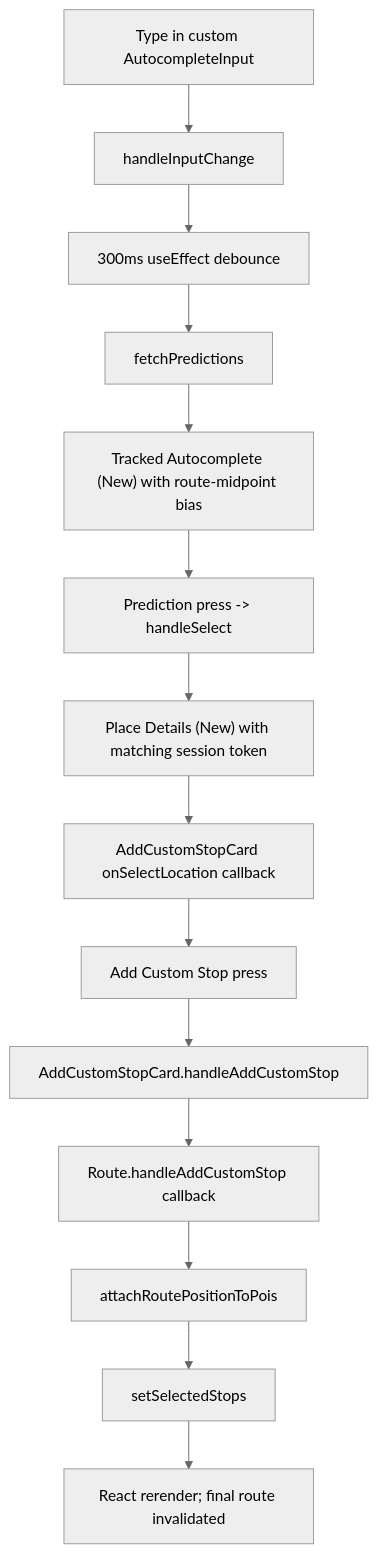
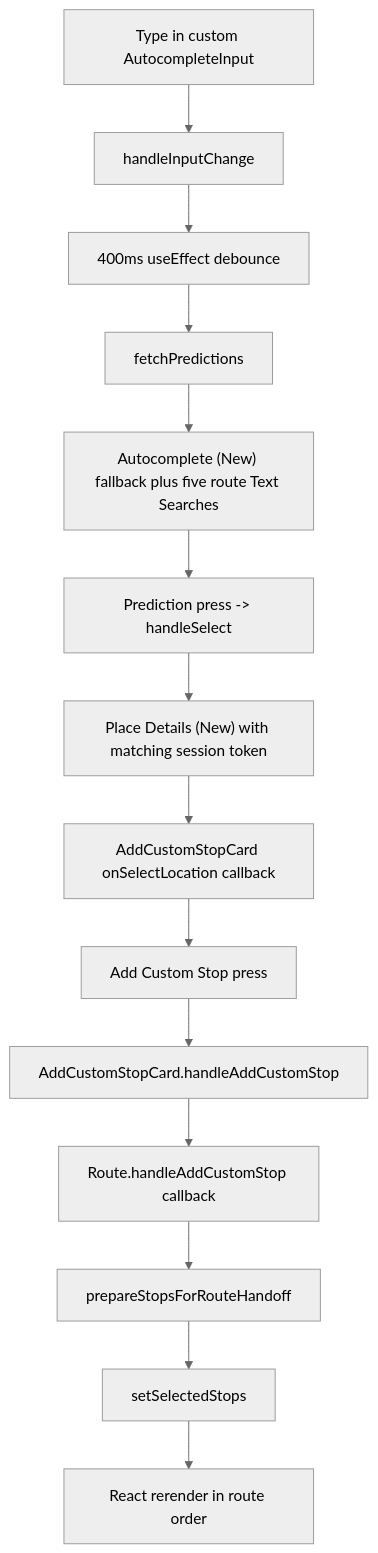
The fifth of 6 diagrams in FLOW.md (RJD72/wandernorth), drawn with Mermaid (neutral theme) before and after one commit. The commit also changed other lines of this file and 20 other files, not shown here.

````diff
--- a/FLOW.md
+++ b/FLOW.md
@@ -198,16 +195,16 @@
 ```mermaid
 flowchart TD
   A["Type in custom AutocompleteInput"] --> B["handleInputChange"]
-  B --> C["300ms useEffect debounce"]
+  B --> C["400ms useEffect debounce"]
   C --> D["fetchPredictions"]
-  D --> E["Tracked Autocomplete (New) with route-midpoint bias"]
+  D --> E["Autocomplete (New) fallback plus five route Text Searches"]
   E --> F["Prediction press -> handleSelect"]
   F --> G["Place Details (New) with matching session token"]
   G --> H["AddCustomStopCard onSelectLocation callback"]
   H --> I["Add Custom Stop press"]
   I --> J["AddCustomStopCard.handleAddCustomStop"]
   J --> K["Route.handleAddCustomStop callback"]
-  K --> L["attachRoutePositionToPois"]
+  K --> L["prepareStopsForRouteHandoff"]
   L --> M["setSelectedStops"]
-  M --> N["React rerender; final route invalidated"]
+  M --> N["React rerender in route order"]
 ```
````
